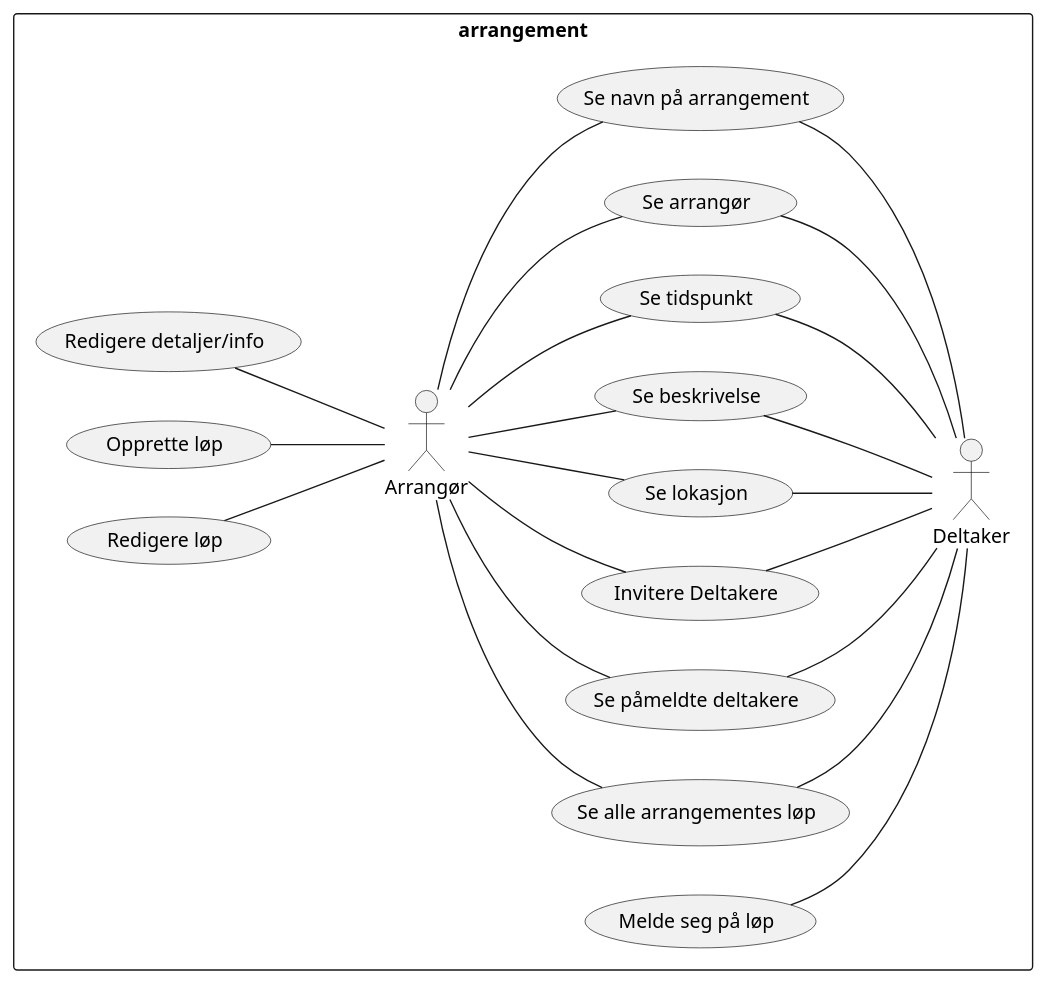
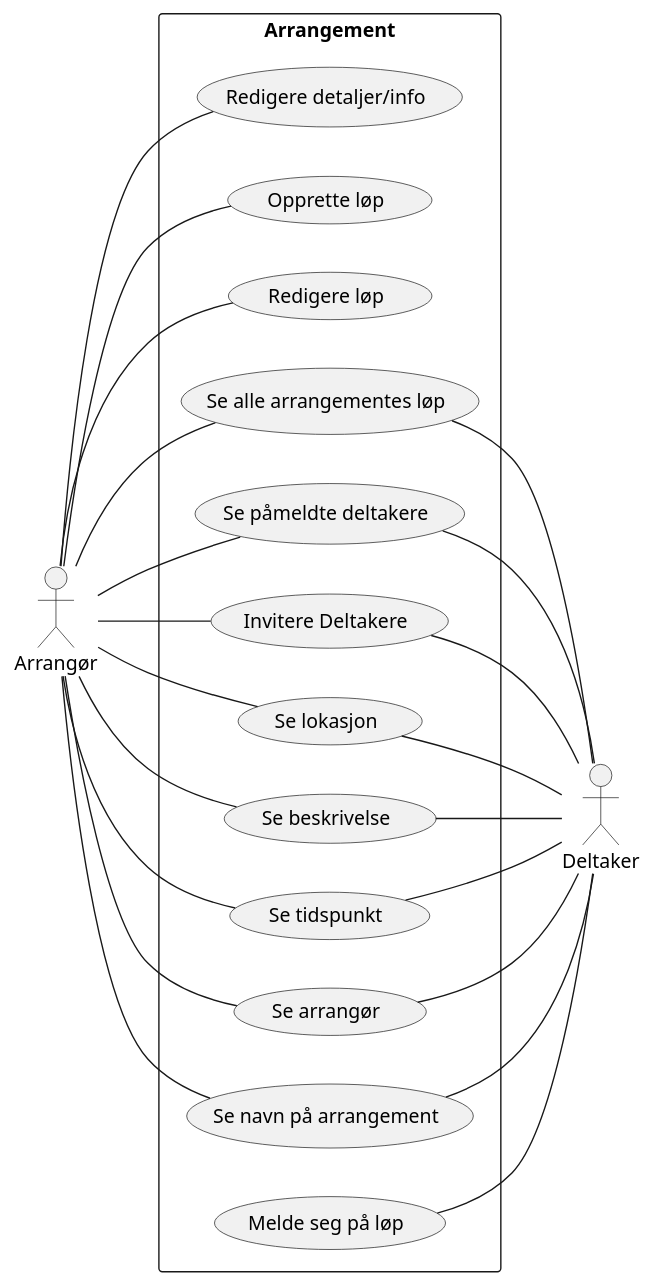
The diagram in diagrammer/use cases/arrangement.puml (GossipDolphin/software_prosjekt_18), drawn with PlantUML before and after one commit.

Commit message:
Tydeligere visualisering.

```diff
--- a/diagrammer/use cases/arrangement.puml
+++ b/diagrammer/use cases/arrangement.puml
@@ -1,32 +1,31 @@
  @startuml
 left to right direction
 skinparam packageStyle rectangle
 
-rectangle arrangement {
 :Arrangør:
+:Deltaker:
+rectangle Arrangement {
 
 Arrangør -up- (Redigere løp)
 Arrangør -up- (Opprette løp)
 Arrangør -up- (Redigere detaljer/info)
 Arrangør -- (Se alle arrangementes løp)
 Arrangør -- (Se påmeldte deltakere)
 Arrangør -- (Invitere Deltakere)
 Arrangør -- (Se lokasjon)
 Arrangør -- (Se beskrivelse)
 Arrangør -- (Se tidspunkt)
 Arrangør -- (Se arrangør)
 Arrangør -- (Se navn på arrangement)
 
-:Deltaker:
-
 (Se navn på arrangement) -- Deltaker
 (Se arrangør) -- Deltaker
 (Se tidspunkt) -- Deltaker
 (Se påmeldte deltakere) -- Deltaker
 (Invitere Deltakere) -- Deltaker
 (Se alle arrangementes løp) -- Deltaker
 (Se beskrivelse) -- Deltaker
 (Melde seg på løp) -- Deltaker
 (Se lokasjon) -- Deltaker
 }
  @enduml
```
